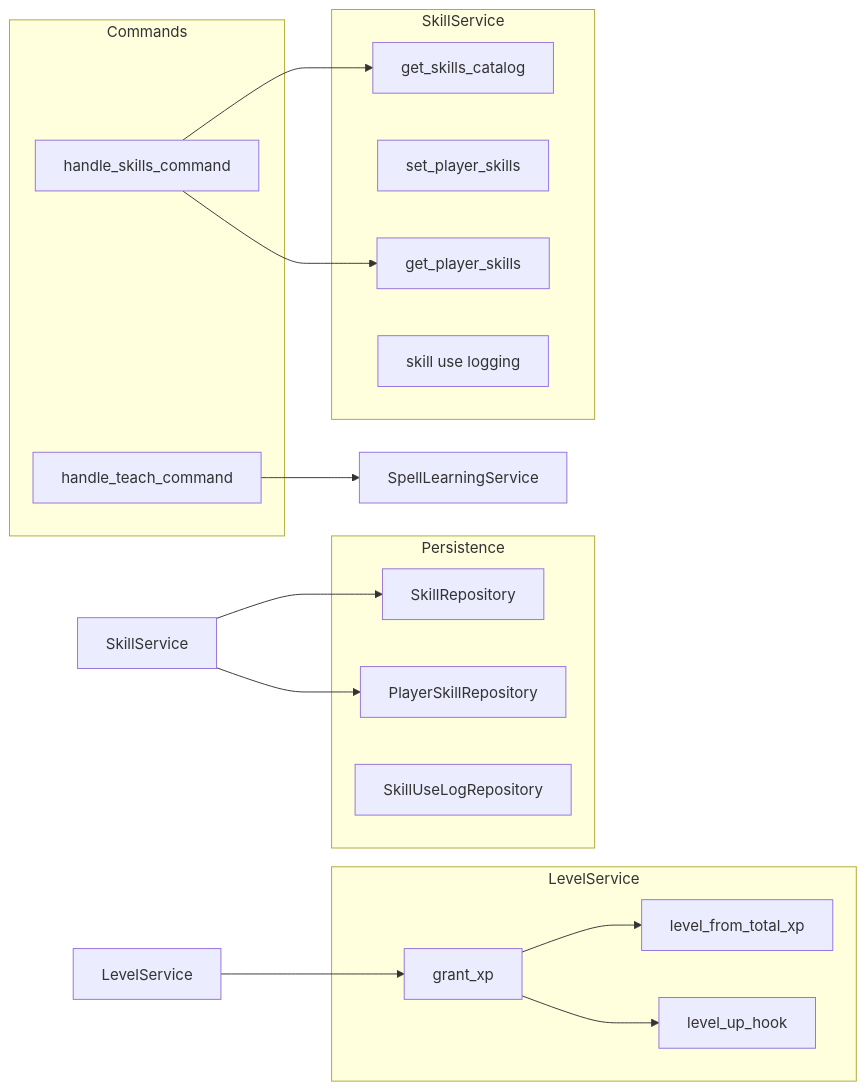
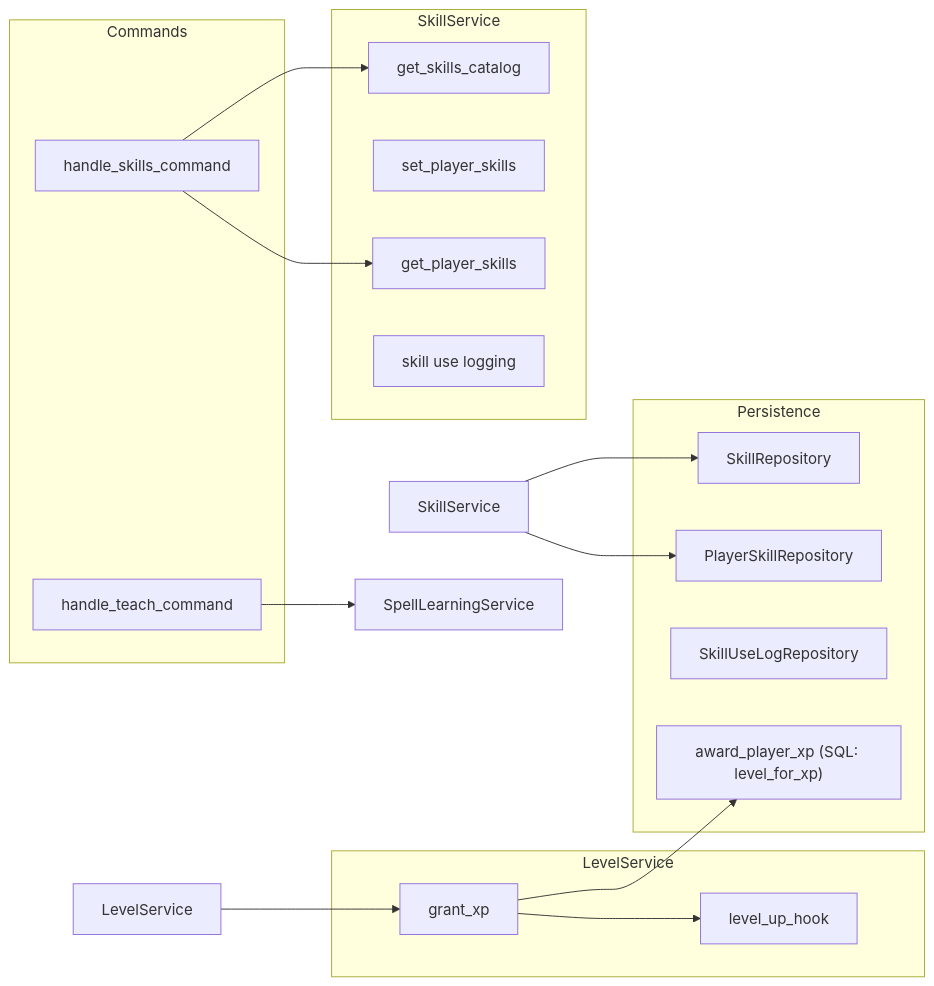
Before and after one commit to arkanwolfshade/MythosMUD: the diagram in docs/subsystems/SUBSYSTEM_SKILLS_LEVEL_DESIGN.md, drawn with Mermaid. The commit also changed other lines of this file and 32 other files, not shown here.

````diff
--- a/docs/subsystems/SUBSYSTEM_SKILLS_LEVEL_DESIGN.md
+++ b/docs/subsystems/SUBSYSTEM_SKILLS_LEVEL_DESIGN.md
@@ -30,31 +38,31 @@
 ```mermaid
 flowchart LR
   subgraph commands [Commands]
     SkillsCmd[handle_skills_command]
     Teach[handle_teach_command]
   end
   subgraph skill_service [SkillService]
     Catalog[get_skills_catalog]
     SetSkills[set_player_skills]
     GetSkills[get_player_skills]
     UseLog[skill use logging]
   end
   subgraph level_service [LevelService]
     GrantXP[grant_xp]
-    LevelCurve[level_from_total_xp]
     LevelUpHook[level_up_hook]
   end
   subgraph persistence [Persistence]
     SkillRepo[SkillRepository]
     PlayerSkillRepo[PlayerSkillRepository]
     SkillUseLogRepo[SkillUseLogRepository]
+    AwardXP["award_player_xp (SQL: level_for_xp)"]
   end
   SkillsCmd --> Catalog
   SkillsCmd --> GetSkills
   SkillService --> SkillRepo
   SkillService --> PlayerSkillRepo
   LevelService --> GrantXP
-  GrantXP --> LevelCurve
+  GrantXP --> AwardXP
   GrantXP --> LevelUpHook
   Teach --> SpellLearningService
 ```
````
